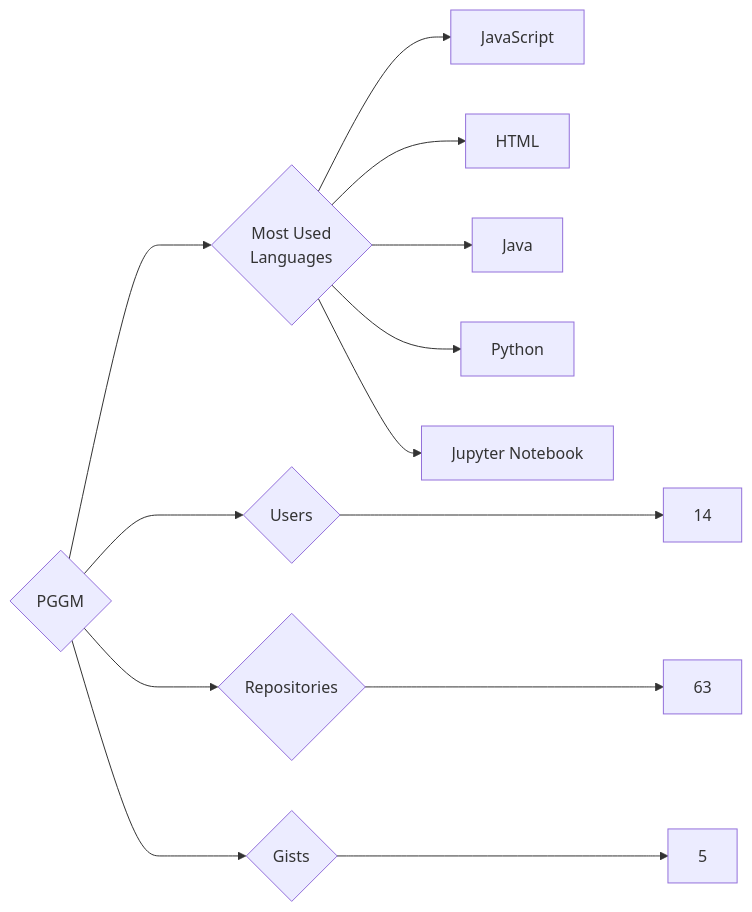
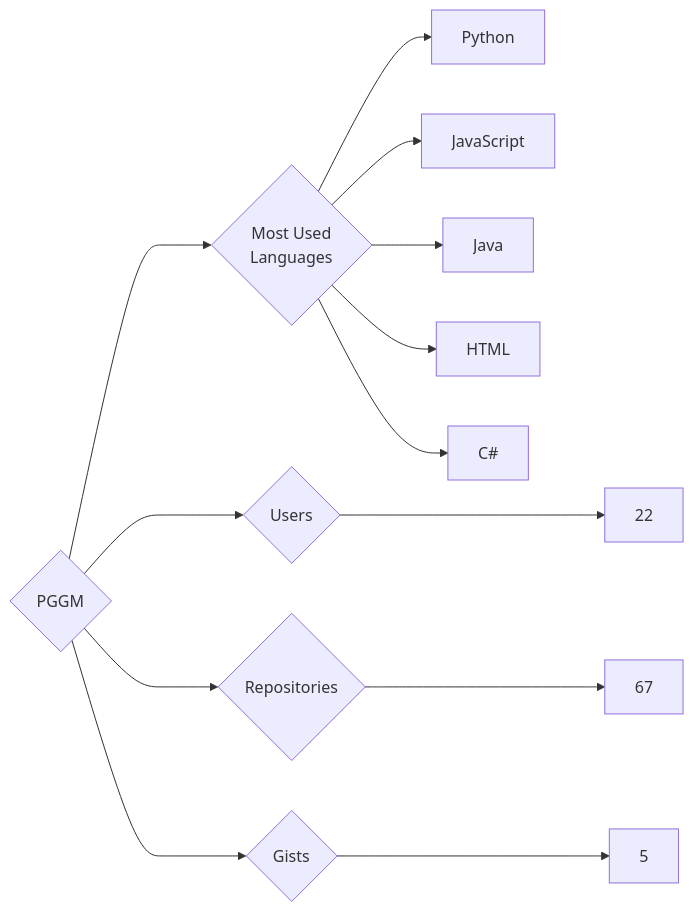
One commit to trickest/insiders changed the diagram in targets/PGGM/README.md. Above: the diagram before and after it, drawn with Mermaid. The commit also changed 823 other files, not shown here.

````diff
--- a/targets/PGGM/README.md
+++ b/targets/PGGM/README.md
@@ -3,13 +3,13 @@
 ```mermaid
 graph LR
 COMPANY_NAME{PGGM}
-COMPANY_NAME ---> U{Users} ---> UN[14]
-COMPANY_NAME ---> R{Repositories} ---> RN[63]
+COMPANY_NAME ---> U{Users} ---> UN[22]
+COMPANY_NAME ---> R{Repositories} ---> RN[67]
 COMPANY_NAME ---> G{Gists} ---> GN[5]
 COMPANY_NAME ---> ML{Most Used<br>Languages}
+ML --> Python[Python]
 ML --> JavaScript[JavaScript]
+ML --> Java[Java]
 ML --> HTML[HTML]
-ML --> Java[Java]
-ML --> Python[Python]
-ML --> Jupyter_Notebook[Jupyter Notebook]
+ML --> C#[C#]
 ```
````
